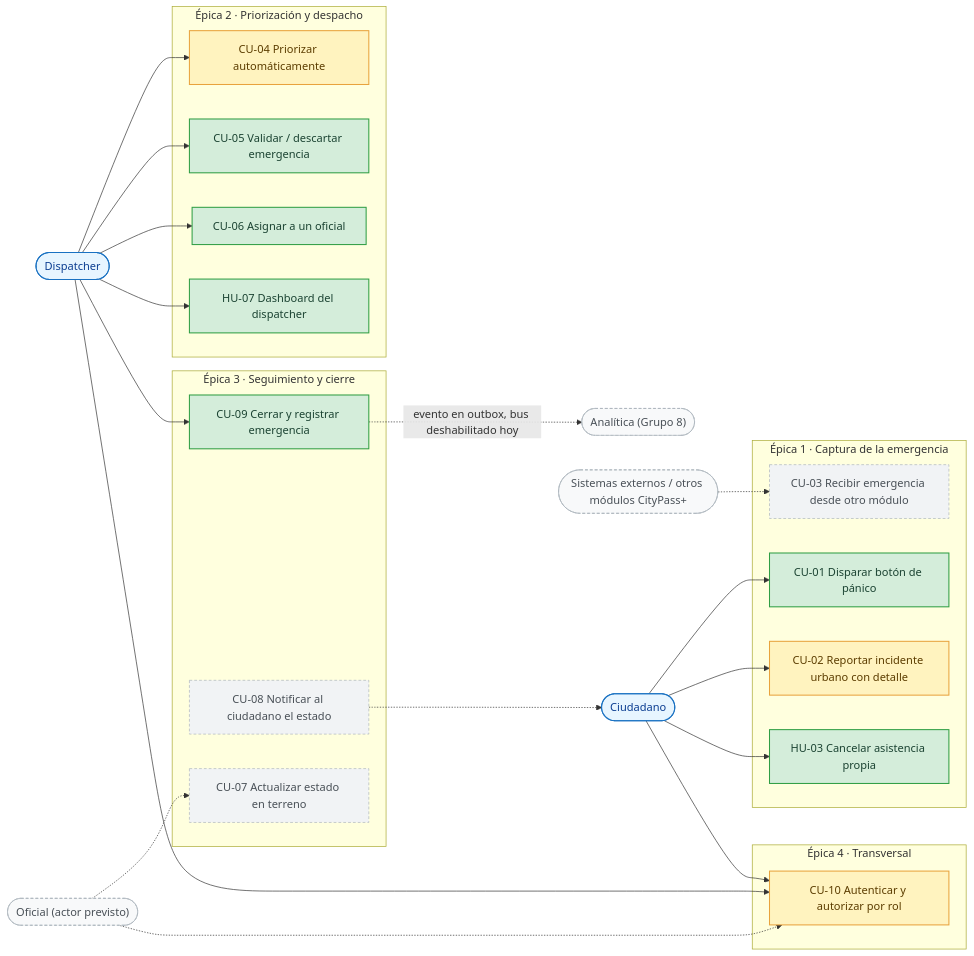
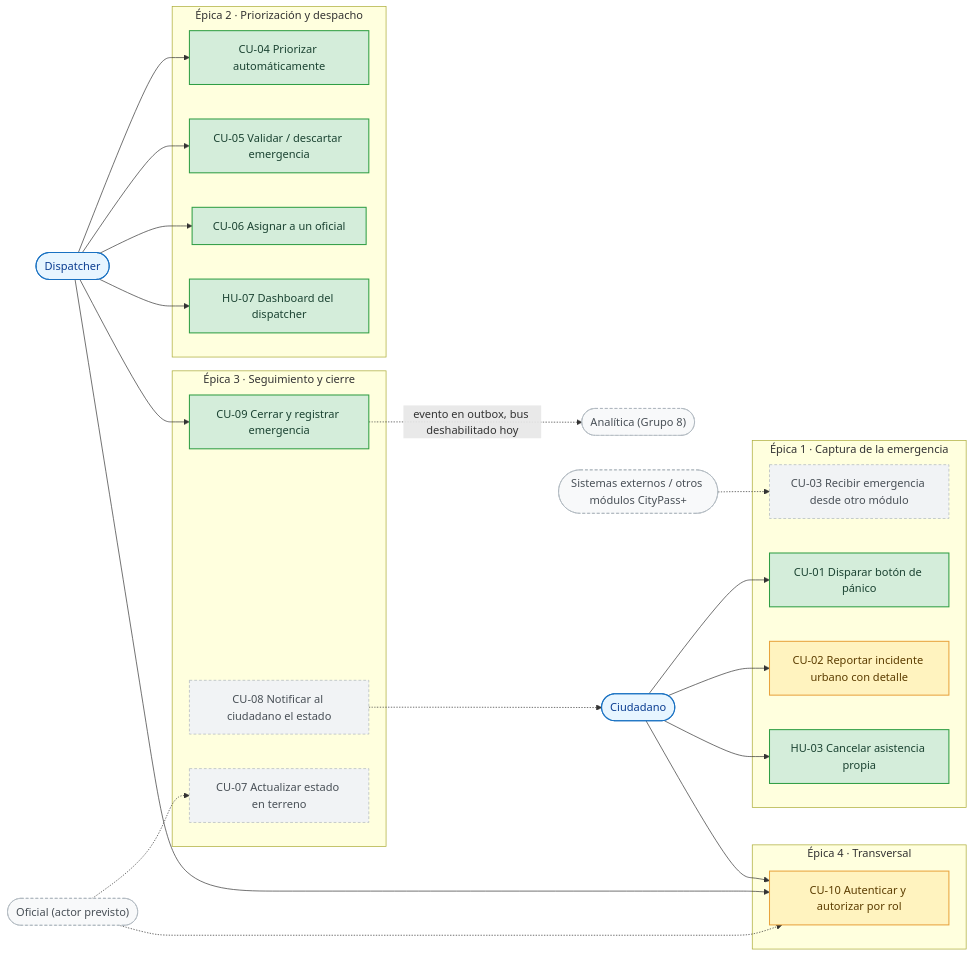
Before and after one commit to G6D2/emergencias-backend: the diagram in docs/diagramas/01-casos-de-uso.md, drawn with Mermaid. The commit also changed other lines of this file and 9 other files, not shown here.

````diff
--- a/docs/diagramas/01-casos-de-uso.md
+++ b/docs/diagramas/01-casos-de-uso.md
@@ -12,58 +12,58 @@
 ```mermaid
 flowchart LR
     ciudadano(["Ciudadano"]):::actor
     dispatcher(["Dispatcher"]):::actor
     oficial(["Oficial (actor previsto)"]):::actorPlanned
     externos(["Sistemas externos / otros módulos CityPass+"]):::actorPlanned
     analitica(["Analítica (Grupo 8)"]):::actorPlanned
 
     subgraph epica1["Épica 1 · Captura de la emergencia"]
         cu01["CU-01 Disparar botón de pánico"]:::done
         cu02["CU-02 Reportar incidente urbano con detalle"]:::partial
         cu03["CU-03 Recibir emergencia desde otro módulo"]:::planned
         hu03["HU-03 Cancelar asistencia propia"]:::done
     end
 
     subgraph epica2["Épica 2 · Priorización y despacho"]
-        cu04["CU-04 Priorizar automáticamente"]:::partial
+        cu04["CU-04 Priorizar automáticamente"]:::done
         cu05["CU-05 Validar / descartar emergencia"]:::done
         cu06["CU-06 Asignar a un oficial"]:::done
         hu07["HU-07 Dashboard del dispatcher"]:::done
     end
 
     subgraph epica3["Épica 3 · Seguimiento y cierre"]
         cu07["CU-07 Actualizar estado en terreno"]:::planned
         cu08["CU-08 Notificar al ciudadano el estado"]:::planned
         cu09["CU-09 Cerrar y registrar emergencia"]:::done
     end
 
     subgraph epica4["Épica 4 · Transversal"]
         cu10["CU-10 Autenticar y autorizar por rol"]:::partial
     end
 
     ciudadano --> cu01
     ciudadano --> cu02
     ciudadano --> hu03
     externos -.-> cu03
 
     dispatcher --> cu04
     dispatcher --> cu05
     dispatcher --> cu06
     dispatcher --> hu07
 
     oficial -.-> cu07
     cu08 -.-> ciudadano
     dispatcher --> cu09
 
     ciudadano --> cu10
     dispatcher --> cu10
     oficial -.-> cu10
 
     cu09 -.->|"evento en outbox, bus deshabilitado hoy"| analitica
 
     classDef done fill:#d4edda,stroke:#2f9e44,color:#1b4332,stroke-width:1.5px;
     classDef partial fill:#fff3bf,stroke:#e8a33d,color:#5c3d00,stroke-width:1.5px;
     classDef planned fill:#f1f3f5,stroke:#adb5bd,color:#495057,stroke-width:1px,stroke-dasharray: 4 3;
     classDef actor fill:#e7f5ff,stroke:#1971c2,color:#0b3d91,stroke-width:1.5px;
     classDef actorPlanned fill:#f8f9fa,stroke:#adb5bd,color:#495057,stroke-width:1px,stroke-dasharray: 4 3;
 ```
````
